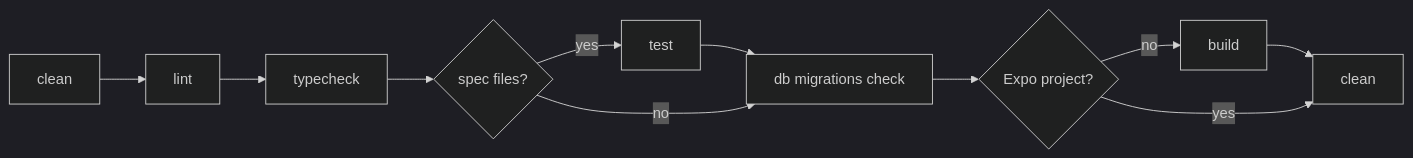
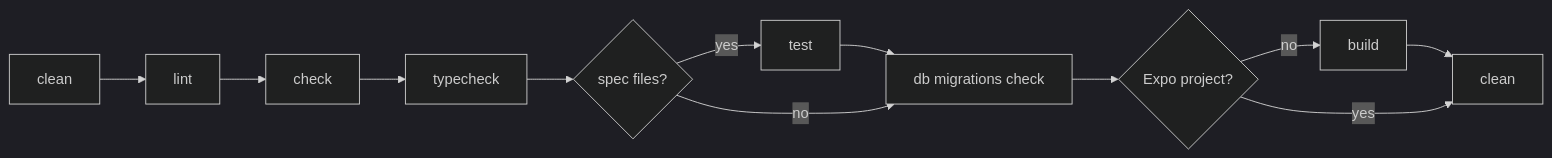
One commit to alepha-dev/alepha changed the diagram in framework/docs/1-guides/11-testing/4-before-commit.md. Above: the diagram before and after it, drawn with Mermaid (dark theme). The commit also changed other lines of this file and 7 other files, not shown here.

````diff
--- a/framework/docs/1-guides/11-testing/4-before-commit.md
+++ b/framework/docs/1-guides/11-testing/4-before-commit.md
@@ -23,9 +23,9 @@
 ```mermaid
 flowchart LR
-  clean[clean] --> lint[lint] --> tc[typecheck] --> hasTests{spec files?}
+  clean[clean] --> lint[lint] --> check[check] --> tc[typecheck] --> hasTests{spec files?}
   hasTests -->|yes| test[test] --> db[db migrations check]
   hasTests -->|no| db
   db --> expo{Expo project?}
   expo -->|no| build[build] --> clean2[clean]
   expo -->|yes| clean2
 ```
````
